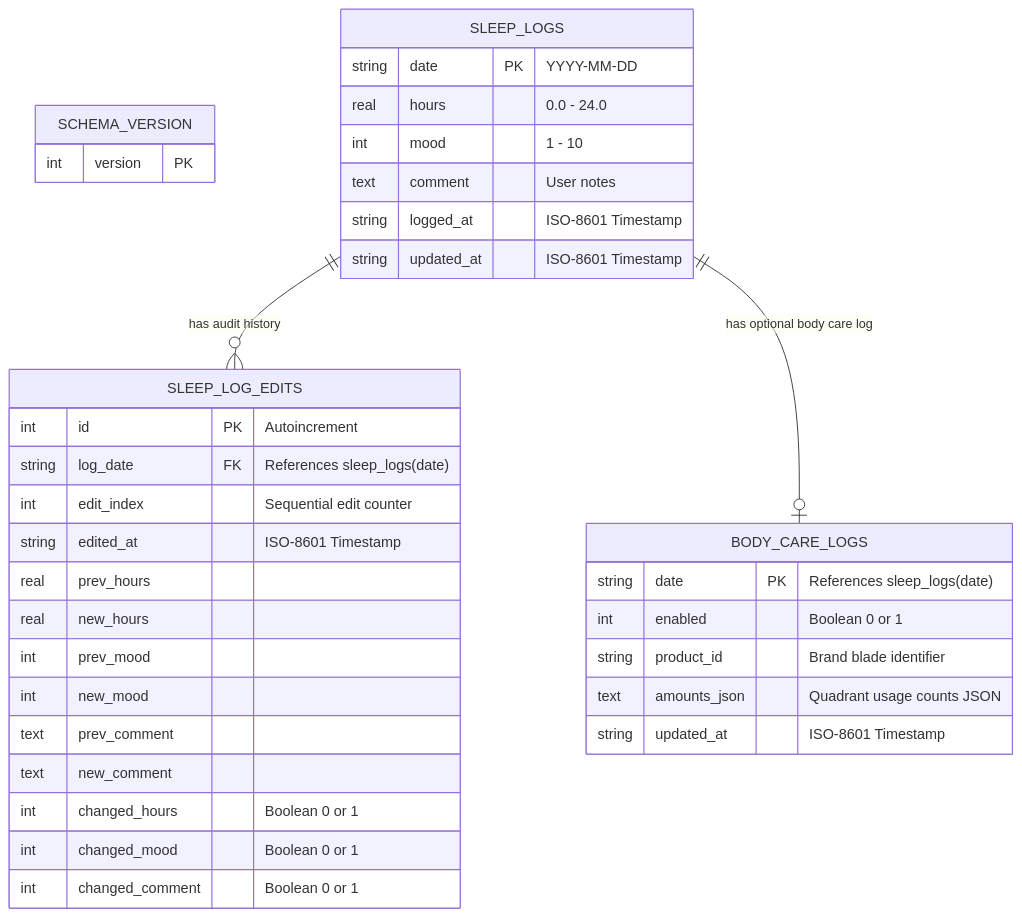
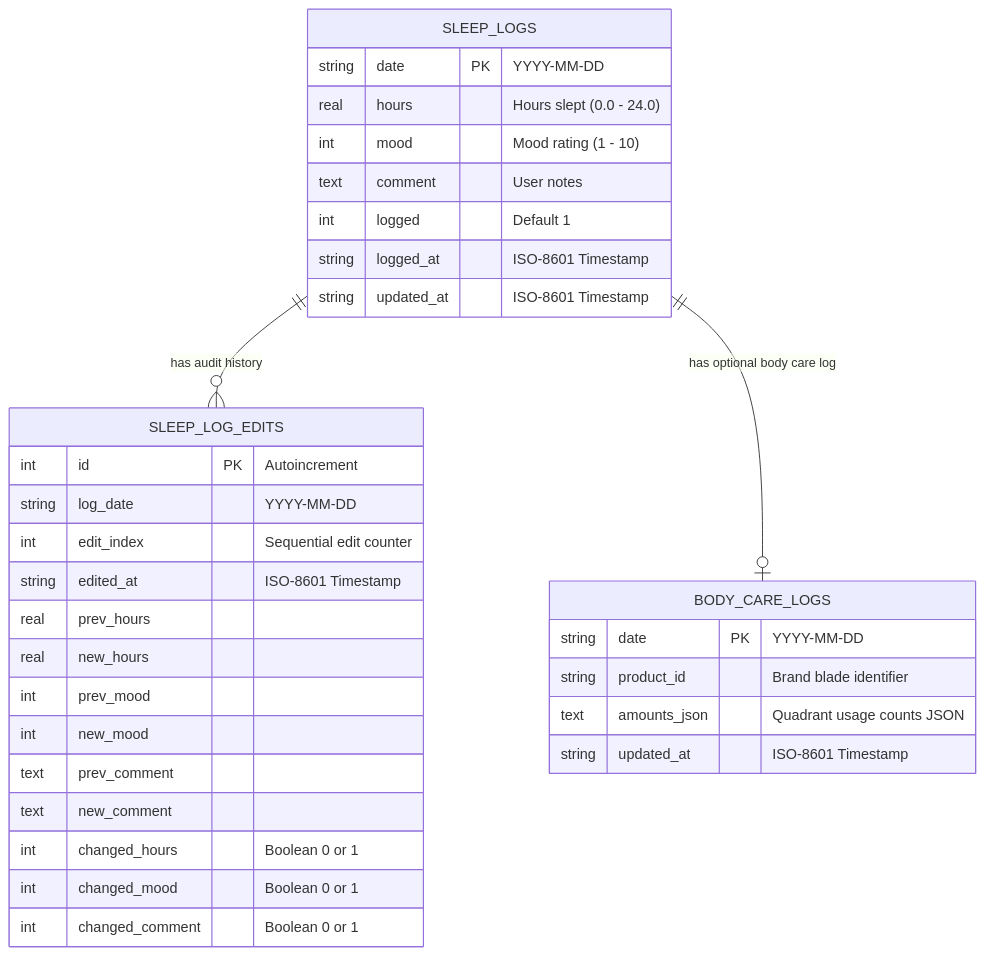
Before and after one commit to kvvzie/simple-sleep-journal: the first of 2 diagrams in DOCS.md, drawn with Mermaid. The commit also changed other lines of this file and 3 other files, not shown here.

````diff
--- a/DOCS.md
+++ b/DOCS.md
@@ -76,39 +78,36 @@
 ```mermaid
 erDiagram
-    SCHEMA_VERSION {
-        int version PK
-    }
     SLEEP_LOGS {
         string date PK "YYYY-MM-DD"
-        real hours "0.0 - 24.0"
-        int mood "1 - 10"
+        real hours "Hours slept (0.0 - 24.0)"
+        int mood "Mood rating (1 - 10)"
         text comment "User notes"
+        int logged "Default 1"
         string logged_at "ISO-8601 Timestamp"
         string updated_at "ISO-8601 Timestamp"
     }
     SLEEP_LOG_EDITS {
         int id PK "Autoincrement"
-        string log_date FK "References sleep_logs(date)"
+        string log_date "YYYY-MM-DD"
         int edit_index "Sequential edit counter"
         string edited_at "ISO-8601 Timestamp"
         real prev_hours
         real new_hours
         int prev_mood
         int new_mood
         text prev_comment
         text new_comment
         int changed_hours "Boolean 0 or 1"
         int changed_mood "Boolean 0 or 1"
         int changed_comment "Boolean 0 or 1"
     }
     BODY_CARE_LOGS {
-        string date PK "References sleep_logs(date)"
-        int enabled "Boolean 0 or 1"
+        string date PK "YYYY-MM-DD"
         string product_id "Brand blade identifier"
         text amounts_json "Quadrant usage counts JSON"
         string updated_at "ISO-8601 Timestamp"
     }
 
     SLEEP_LOGS ||--o{ SLEEP_LOG_EDITS : "has audit history"
     SLEEP_LOGS ||--o| BODY_CARE_LOGS : "has optional body care log"
 ```
````
